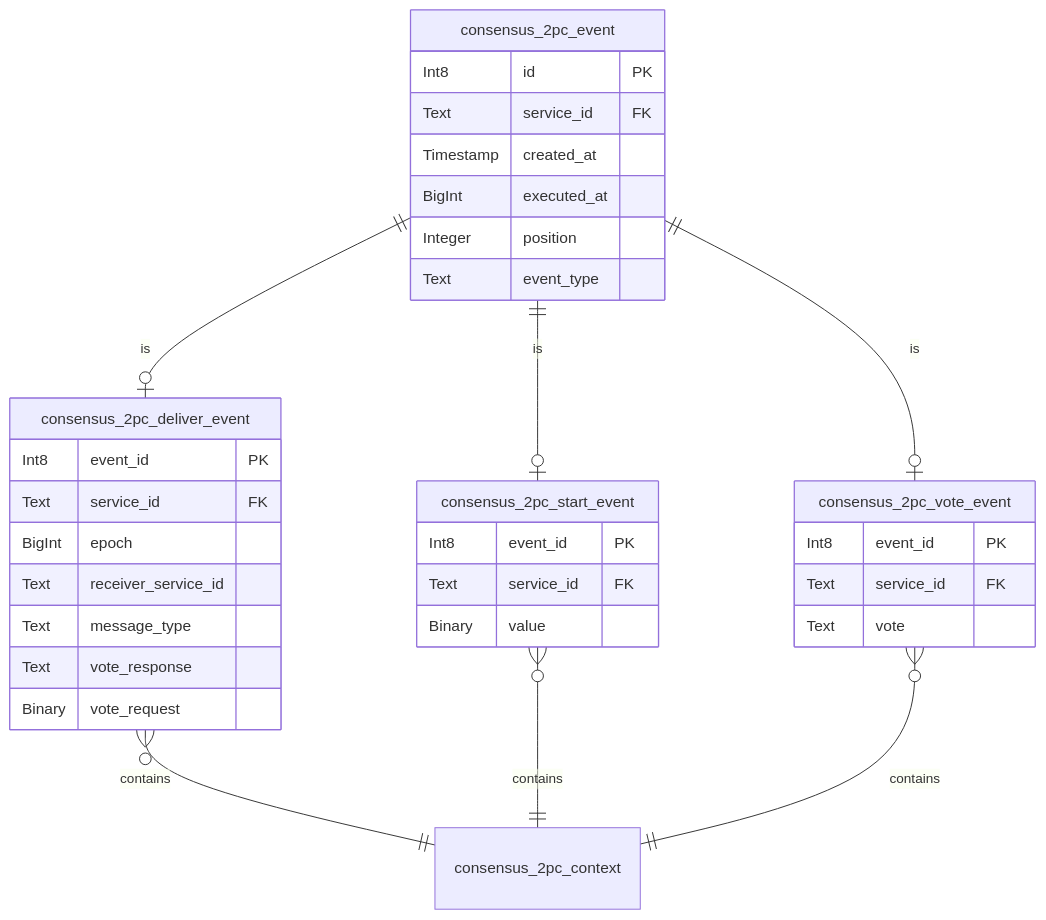
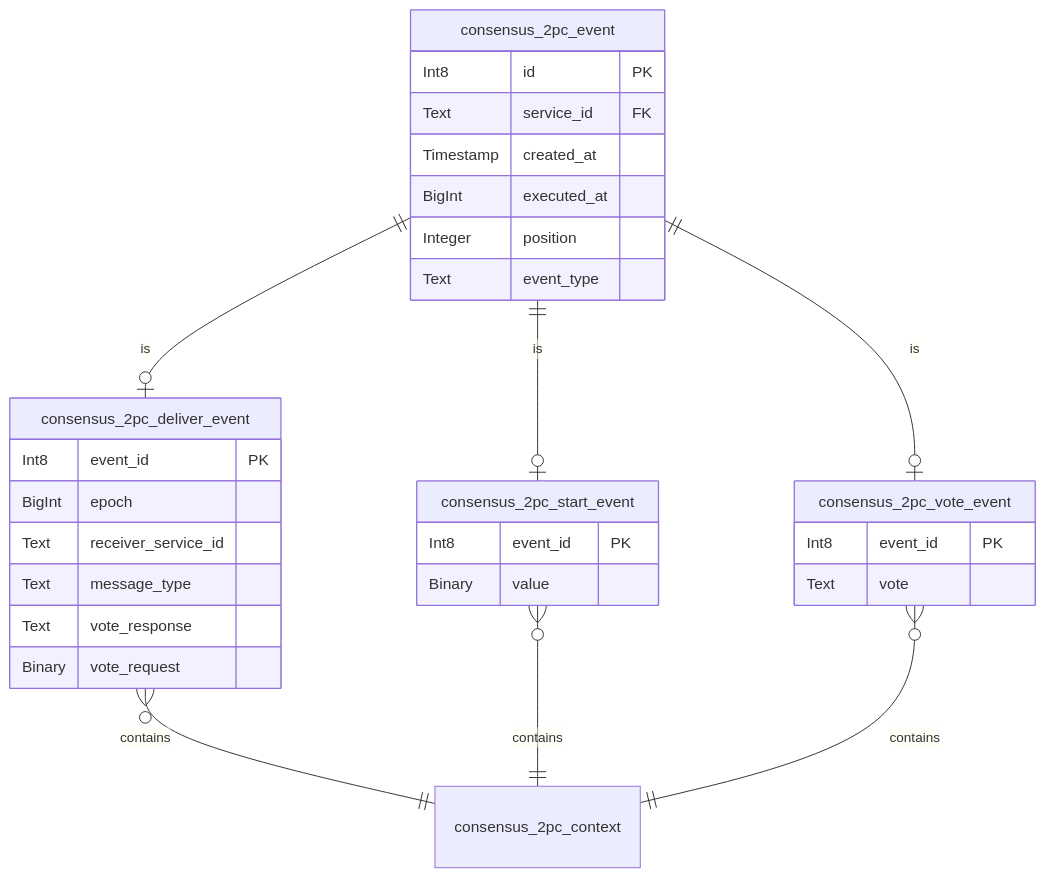
Before and after one commit to Cargill/splinter-docs: the fourth of 4 diagrams in community/planning/splinter_v0.7_database.md, drawn with Mermaid. The commit also changed other lines of this file, not shown here.

First line of the commit message:
Update database doc - remove dup service_ids

```diff
--- a/community/planning/splinter_v0.7_database.md
+++ b/community/planning/splinter_v0.7_database.md
@@ -270,42 +266,39 @@
 <div class="mermaid">
 erDiagram
     consensus_2pc_event {
          Int8 id PK
          Text service_id FK
          Timestamp created_at
          BigInt executed_at
          Integer position
          Text event_type
     }
 
     consensus_2pc_deliver_event {
         Int8 event_id PK
-        Text service_id FK
         BigInt epoch
         Text receiver_service_id
         Text message_type
         Text vote_response
         Binary vote_request
     }
 
     consensus_2pc_event ||--o| consensus_2pc_deliver_event: is
     consensus_2pc_deliver_event }o--|| consensus_2pc_context: contains
 
     consensus_2pc_start_event {
         Int8 event_id PK
-        Text service_id FK
         Binary value
     }
 
     consensus_2pc_event ||--o| consensus_2pc_start_event: is
     consensus_2pc_start_event }o--|| consensus_2pc_context: contains
 
     consensus_2pc_vote_event {
         Int8 event_id PK
-        Text service_id FK
         Text vote
     }
 
     consensus_2pc_event ||--o| consensus_2pc_vote_event: is
     consensus_2pc_vote_event }o--|| consensus_2pc_context: contains
 </div>
```
